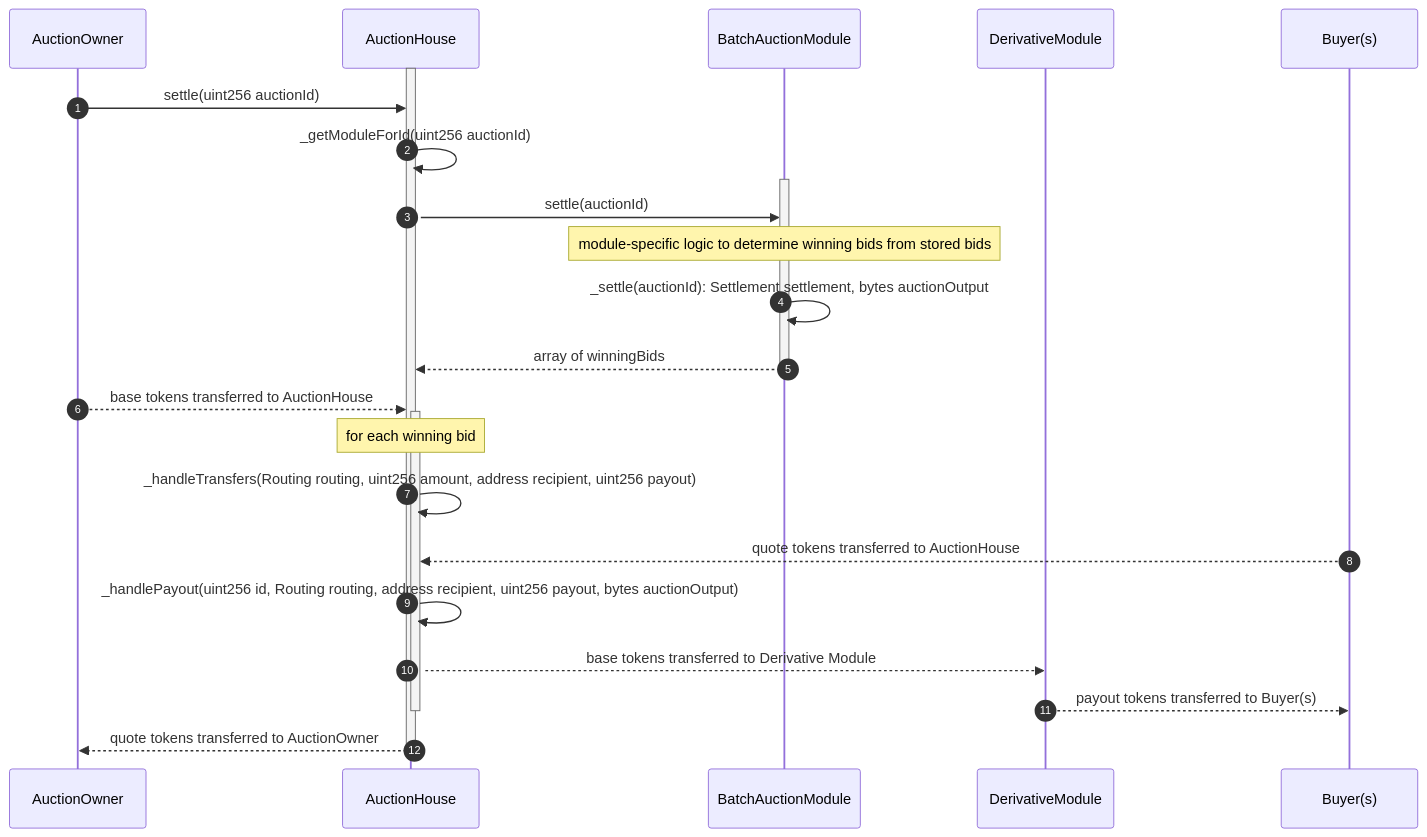
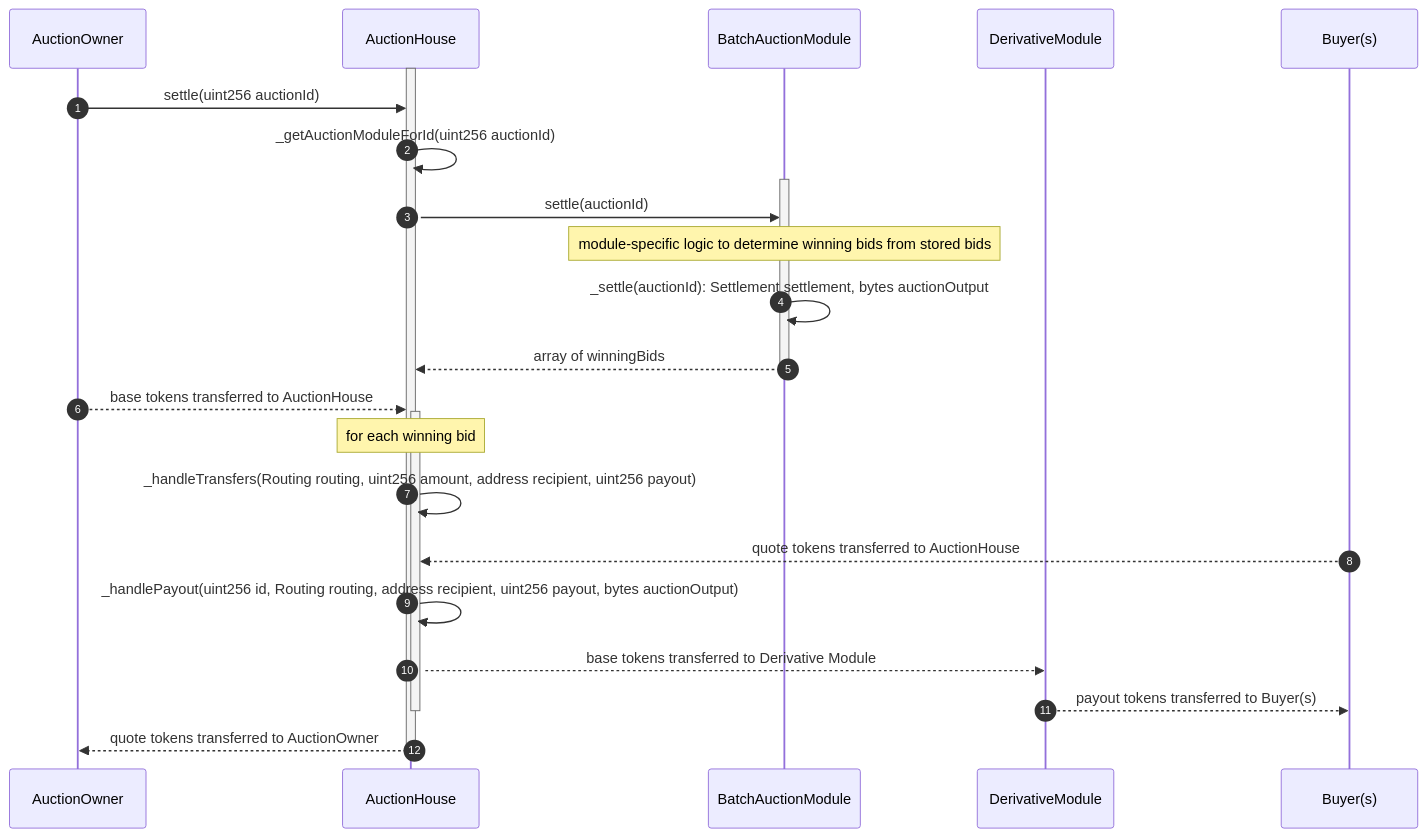
Before and after one commit to Axis-Fi/axis-core: the seventh of 8 diagrams in design/ARCHITECTURE.md, drawn with Mermaid. The commit also changed other lines of this file and 7 other files, not shown here.

````diff
--- a/design/ARCHITECTURE.md
+++ b/design/ARCHITECTURE.md
@@ -421,35 +421,35 @@
 ```mermaid
 sequenceDiagram
   autoNumber
   participant AuctionOwner
   participant AuctionHouse
   participant BatchAuctionModule
   participant DerivativeModule
   participant Buyer(s)
 
   activate AuctionHouse
     AuctionOwner->>AuctionHouse: settle(uint256 auctionId)
-    AuctionHouse->>AuctionHouse: _getModuleForId(uint256 auctionId)
+    AuctionHouse->>AuctionHouse: _getAuctionModuleForId(uint256 auctionId)
 
     activate BatchAuctionModule
       AuctionHouse->>BatchAuctionModule: settle(auctionId)
 
       Note over BatchAuctionModule: module-specific logic to determine winning bids from stored bids
       BatchAuctionModule->>BatchAuctionModule: _settle(auctionId): Settlement settlement, bytes auctionOutput
 
       BatchAuctionModule-->>AuctionHouse: array of winningBids
     deactivate BatchAuctionModule
 
     AuctionOwner-->>AuctionHouse: base tokens transferred to AuctionHouse
     activate AuctionHouse
       Note over AuctionHouse: for each winning bid
       AuctionHouse->>AuctionHouse: _handleTransfers(Routing routing, uint256 amount, address recipient, uint256 payout)
       Buyer(s)-->>AuctionHouse: quote tokens transferred to AuctionHouse
       AuctionHouse->>AuctionHouse: _handlePayout(uint256 id, Routing routing, address recipient, uint256 payout, bytes auctionOutput)
       AuctionHouse-->>DerivativeModule: base tokens transferred to Derivative Module
       DerivativeModule-->>Buyer(s): payout tokens transferred to Buyer(s)
     deactivate AuctionHouse
     AuctionHouse-->>AuctionOwner: quote tokens transferred to AuctionOwner
 
   deactivate AuctionHouse
 ```
````
